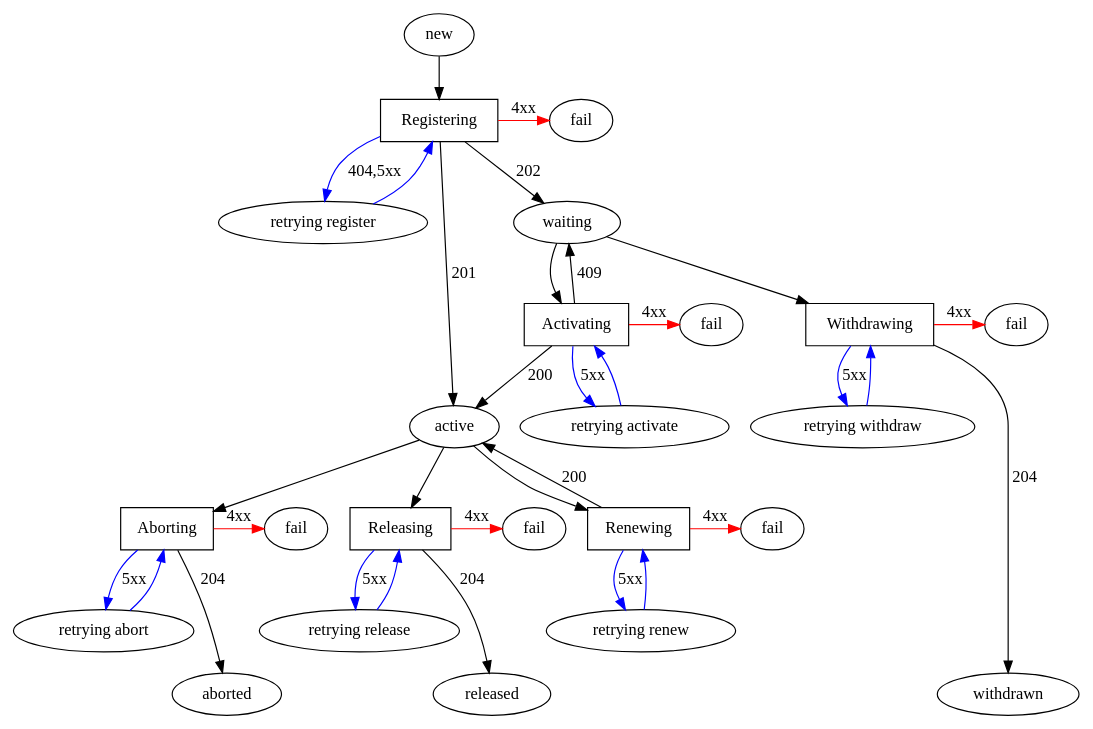
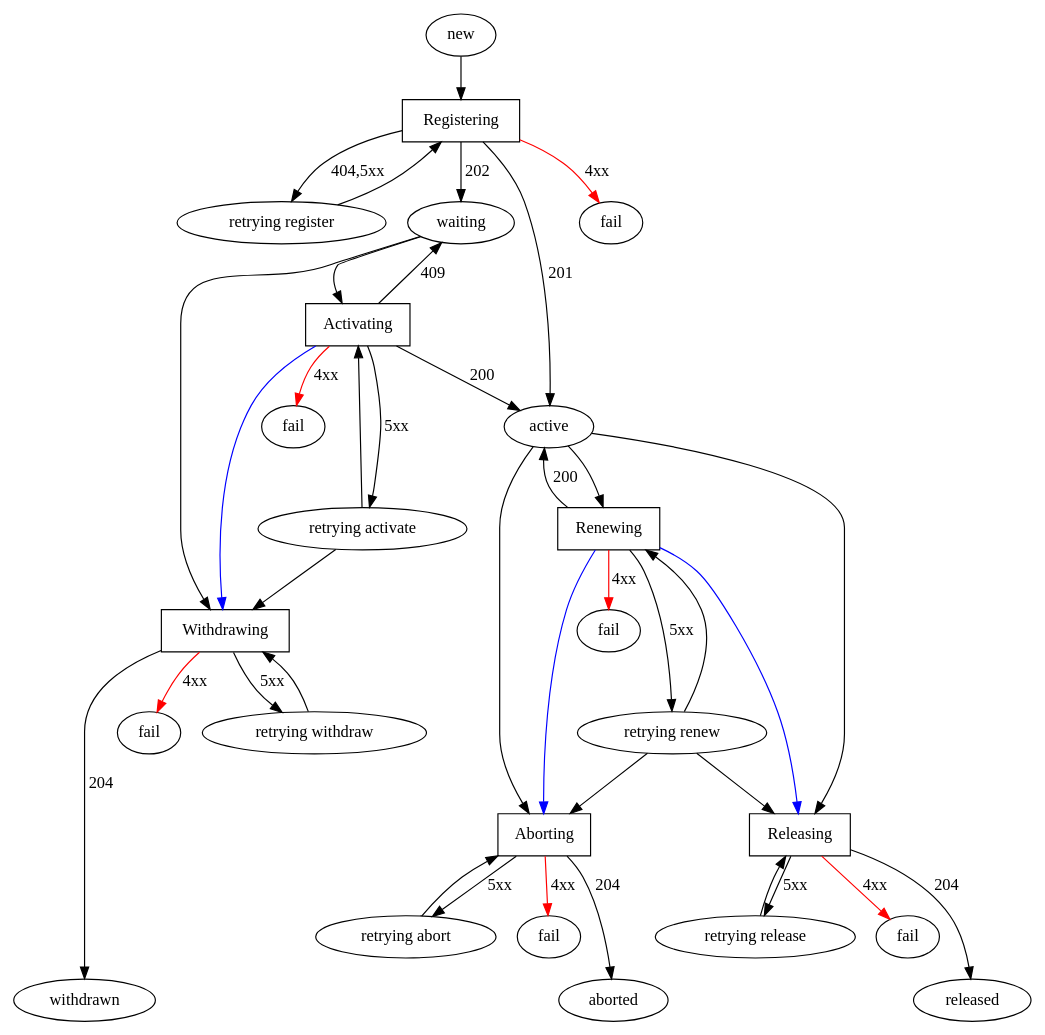
One commit to genome/nessy-client-perl changed the diagram in docs/nessy-daemon-claim-state-machine.dot. Above: the diagram before and after it, drawn with Graphviz.

Commit message:
add missing lines, remove most formatting

```diff
--- a/docs/nessy-daemon-claim-state-machine.dot
+++ b/docs/nessy-daemon-claim-state-machine.dot
@@ -1,170 +1,125 @@
 digraph "nessy-daemon-claim-state-machine" {
     node [shape=oval]
     // Start state
     new
 
     // In progress states
     active
     waiting
 
     // Final states
     aborted
     released
     withdrawn
 
     // Failure states
-    f_abort      [label="fail"]
-    f_activate   [label="fail"]
-    f_register   [label="fail"]
-    f_release    [label="fail"]
-    f_renew      [label="fail"]
-    f_withdraw   [label="fail"]
+    f_abort    [label="fail"]
+    f_activate [label="fail"]
+    f_register [label="fail"]
+    f_release  [label="fail"]
+    f_renew    [label="fail"]
+    f_withdraw [label="fail"]
 
     // Retry states
     r_abort    [label="retrying abort"]
     r_activate [label="retrying activate"]
     r_register [label="retrying register"]
     r_release  [label="retrying release"]
     r_renew    [label="retrying renew"]
     r_withdraw [label="retrying withdraw"]
 
     // Action states
     node [shape=box]
     a_abort    [label="Aborting"]
     a_activate [label="Activating"]
     a_register [label="Registering"]
     a_release  [label="Releasing"]
     a_renew    [label="Renewing"]
     a_withdraw [label="Withdrawing"]
 
 
     // Paths from start node
     new -> a_register [color=black]
 
 
     // Paths away from a_register
     a_register -> active     [color=black label="201"]
     a_register -> waiting    [color=black label="202"]
 
-    a_register -> r_register [color=blue  label="404,5xx"]
-    r_register -> a_register [color=blue]
+    a_register -> r_register [color=black label="404,5xx"]
+    r_register -> a_register [color=black]
 
     a_register -> f_register [color=red   label="4xx"]
 
 
     // Paths away from active
     active  -> a_renew   [color=black]
     a_renew -> active    [color=black label="200"]
-    a_renew -> r_renew   [color=blue  label="5xx"]
-    r_renew -> a_renew   [color=blue]
+    a_renew -> r_renew   [color=black label="5xx" minlen=2]
+    r_renew -> a_renew   [color=black]
 
 
     a_renew -> f_renew   [color=red label="4xx"]
 
     active  -> a_abort   [color=black]
+    a_renew -> a_abort   [color=blue]
+    r_renew -> a_abort   [color=black]
+
+    a_renew -> a_release [color=blue]
+    r_renew -> a_release [color=black]
+
     active  -> a_release [color=black]
 
 
     // Paths away from waiting
     waiting    -> a_activate [color=black weight=0.5]
     a_activate -> waiting    [color=black label="409" weight=0.5]
-    a_activate -> r_activate [color=blue  label="5xx"]
-    r_activate -> a_activate [color=blue]
+    a_activate -> r_activate [color=black label="5xx" minlen=2]
+    r_activate -> a_activate [color=black]
     a_activate -> active     [color=black label="200"]
 
 
     a_activate -> f_activate [color=red   label="4xx"]
 
     waiting    -> a_withdraw [color=black]
+    a_activate -> a_withdraw [color=blue]
+    r_activate -> a_withdraw [color=black]
 
 
     // Paths away from a_withdraw
     a_withdraw -> withdrawn  [color=black label="204"]
 
-    a_withdraw -> r_withdraw [color=blue  label="5xx"]
-    r_withdraw -> a_withdraw [color=blue]
+    a_withdraw -> r_withdraw [color=black label="5xx"]
+    r_withdraw -> a_withdraw [color=black]
 
     a_withdraw -> f_withdraw [color=red   label="4xx"]
 
 
     // Paths away from a_release
     a_release -> released  [color=black label="204"]
 
-    a_release -> r_release [color=blue  label="5xx"]
-    r_release -> a_release [color=blue]
+    a_release -> r_release [color=black label="5xx"]
+    r_release -> a_release [color=black]
 
     a_release -> f_release [color=red   label="4xx"]
 
     // Paths away from a_abort
     a_abort -> aborted [color=black label="204"]
-    a_abort -> r_abort [color=blue  label="5xx"]
+    a_abort -> r_abort [color=black label="5xx"]
 
-    r_abort -> a_abort [color=blue]
+    r_abort -> a_abort [color=black]
     a_abort -> f_abort [color=red   label="4xx"]
-
 
     // Formatting
     {
         rank=source
         new
     }
 
     {
         rank=sink
         aborted
         released
         withdrawn
     }
-
-    // Put "fail" nodes on same line as action nodes
-    {
-        rank=same
-        a_abort
-        f_abort
-    }
-
-    {
-        rank=same
-        a_activate
-        f_activate
-    }
-
-    {
-        rank=same
-        a_register
-        f_register
-    }
-
-    {
-        rank=same
-        a_release
-        f_release
-    }
-
-    {
-        rank=same
-        a_withdraw
-        f_withdraw
-    }
-
-    {
-        rank=same
-        a_renew
-        f_renew
-    }
-
-    // Put actions from "waiting" on same line
-    {
-        rank=same
-        a_activate
-        a_withdraw
-    }
-
-    // Put actions form "active" on same line
-    {
-        rank=same
-        a_abort
-        a_release
-        a_renew
-    }
 }
```
